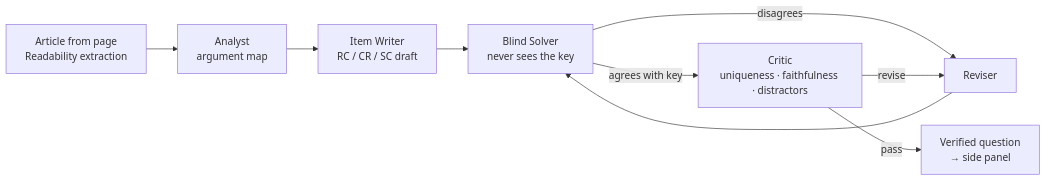
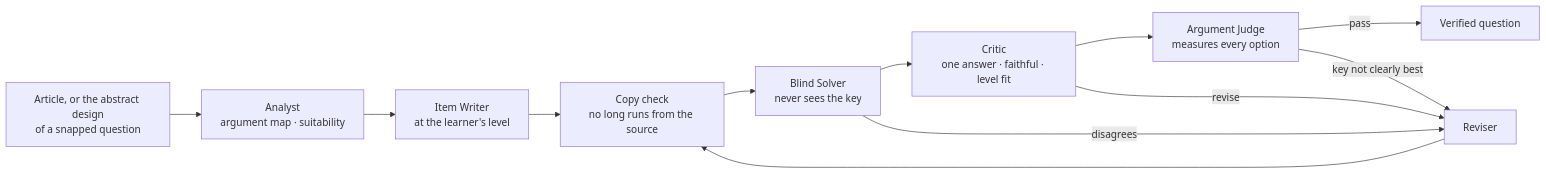
One commit to Keefit-Inc/questionize changed the diagram in README.md. Above: the diagram before and after it, drawn with Mermaid. The commit also changed other lines of this file and 40 other files, not shown here.

````diff
--- a/README.md
+++ b/README.md
@@ -17,11 +26,14 @@
 ```mermaid
 flowchart LR
-    A[Article from page<br/>Readability extraction] --> B[Analyst<br/>argument map]
-    B --> C[Item Writer<br/>RC / CR / SC draft]
-    C --> D[Blind Solver<br/>never sees the key]
-    D -->|agrees with key| E[Critic<br/>uniqueness · faithfulness · distractors]
+    A[Article, or the abstract design<br/>of a snapped question] --> B[Analyst<br/>argument map · suitability]
+    B --> C[Item Writer<br/>at the learner's level]
+    C --> K[Copy check<br/>no long runs from the source]
+    K --> D[Blind Solver<br/>never sees the key]
+    D --> E[Critic<br/>one answer · faithful · level fit]
+    E --> J[Argument Judge<br/>measures every option]
+    J -->|pass| G[Verified question]
     D -->|disagrees| F[Reviser]
     E -->|revise| F
-    F --> D
-    E -->|pass| G[Verified question<br/>→ side panel]
+    J -->|key not clearly best| F
+    F --> K
 ```
````
